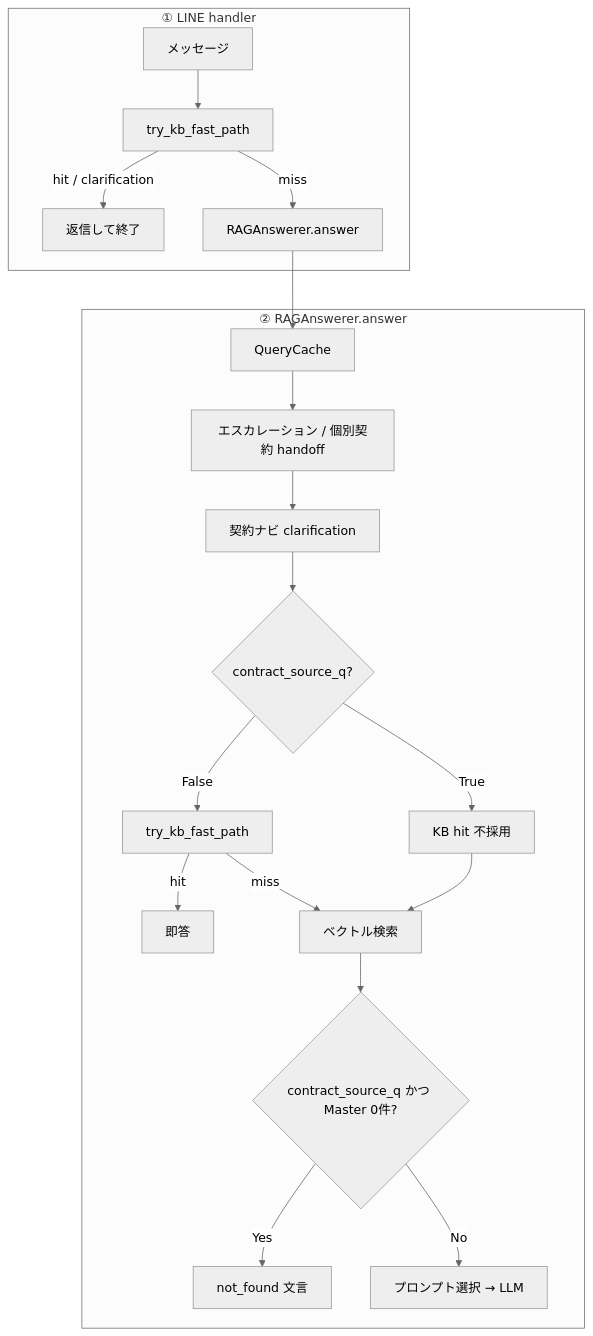
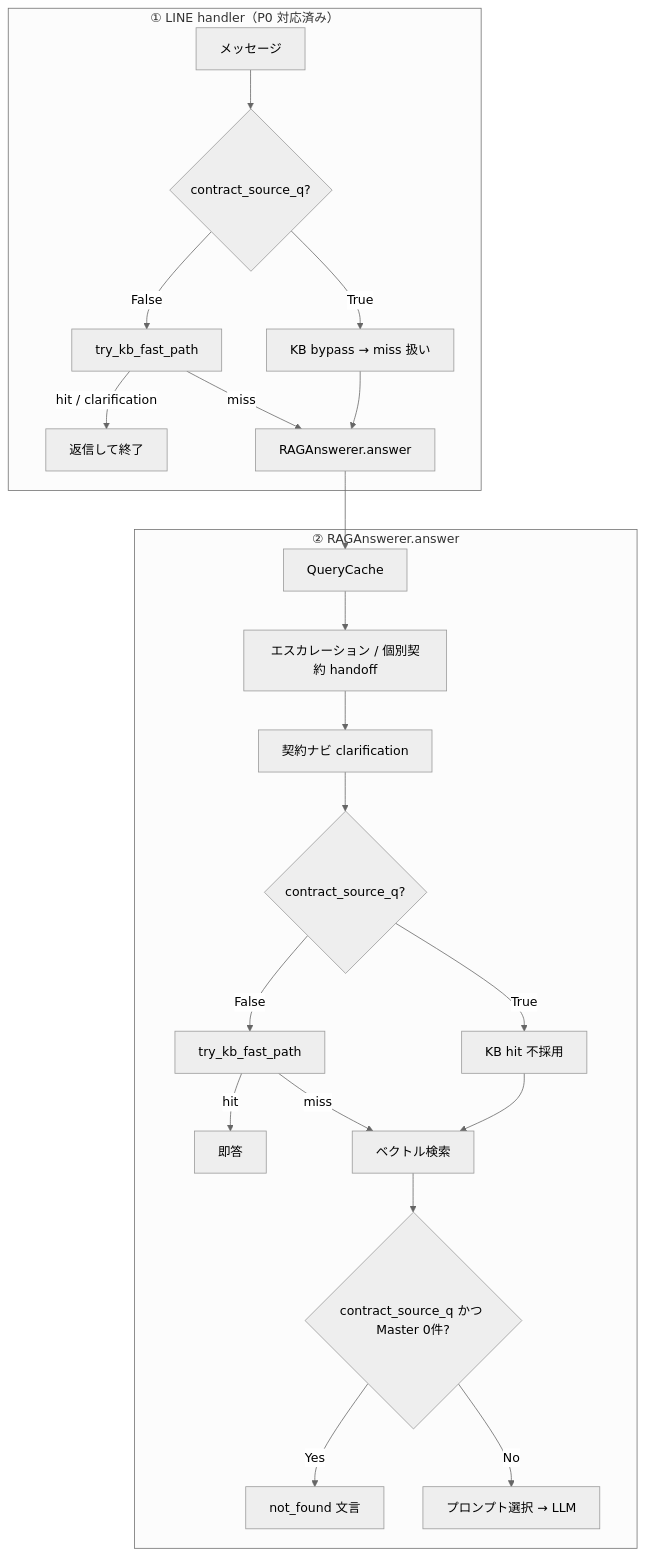
Before and after one commit to sat310iq/RAG_line_rental_bot: the diagram in docs/architecture/MASTER_DOCUMENT_ROUTING.md, drawn with Mermaid (neutral theme). The commit also changed other lines of this file and 11 other files, not shown here.

````diff
--- a/docs/architecture/MASTER_DOCUMENT_ROUTING.md
+++ b/docs/architecture/MASTER_DOCUMENT_ROUTING.md
@@ -61,24 +63,27 @@
 ```mermaid
 flowchart TB
-  subgraph LINE["① LINE handler"]
-    L1[メッセージ] --> L2[try_kb_fast_path]
+  subgraph LINE["① LINE handler（P0 対応済み）"]
+    L1[メッセージ] --> L_cq{contract_source_q?}
+    L_cq -->|True| L_bypass[KB bypass → miss 扱い]
+    L_cq -->|False| L2[try_kb_fast_path]
     L2 -->|hit / clarification| L3[返信して終了]
     L2 -->|miss| L4[RAGAnswerer.answer]
+    L_bypass --> L4
   end
 
   subgraph ANSWER["② RAGAnswerer.answer"]
     A1[QueryCache] --> A2[エスカレーション / 個別契約 handoff]
     A2 --> A3[契約ナビ clarification]
     A3 --> A4{contract_source_q?}
     A4 -->|False| A5[try_kb_fast_path]
     A4 -->|True| A6[KB hit 不採用]
     A5 -->|hit| A7[即答]
     A5 -->|miss| A8[ベクトル検索]
     A6 --> A8
     A8 --> A9{contract_source_q かつ Master 0件?}
     A9 -->|Yes| A10[not_found 文言]
     A9 -->|No| A11[プロンプト選択 → LLM]
   end
 
   L4 --> A1
 ```
````
